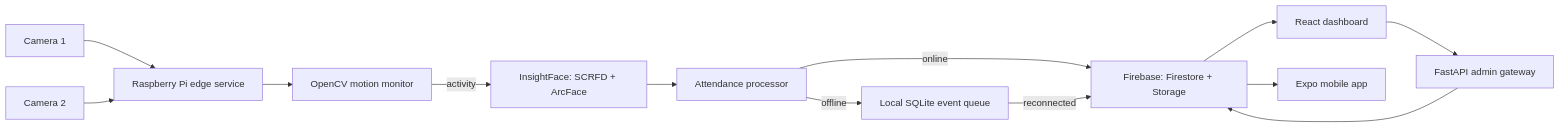
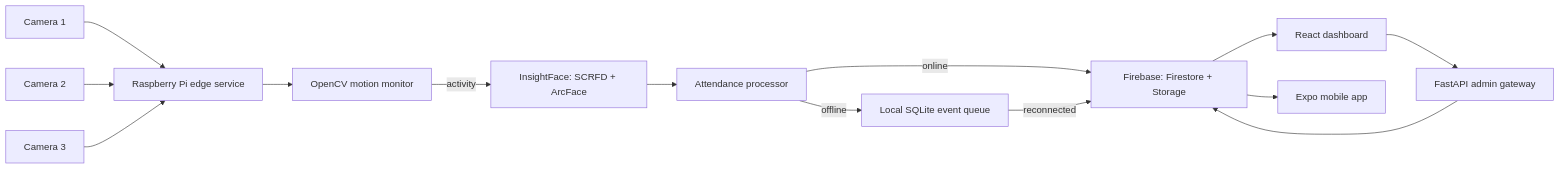
Before and after one commit to kairos-phd/Smart-Attendance-Pi4-Webserver: the diagram in docs/ARCHITECTURE.md, drawn with Mermaid. The commit also changed other lines of this file and 44 other files, not shown here.

````diff
--- a/docs/ARCHITECTURE.md
+++ b/docs/ARCHITECTURE.md
@@ -3,15 +3,16 @@
 ```mermaid
 flowchart LR
   C1["Camera 1"] --> E["Raspberry Pi edge service"]
   C2["Camera 2"] --> E
+  C3["Camera 3"] --> E
   E --> M["OpenCV motion monitor"]
   M -->|activity| AI["InsightFace: SCRFD + ArcFace"]
   AI --> P["Attendance processor"]
   P -->|online| F["Firebase: Firestore + Storage"]
   P -->|offline| Q["Local SQLite event queue"]
   Q -->|reconnected| F
   F --> W["React dashboard"]
   F --> A["Expo mobile app"]
   W --> B["FastAPI admin gateway"]
   B --> F
 ```
````
